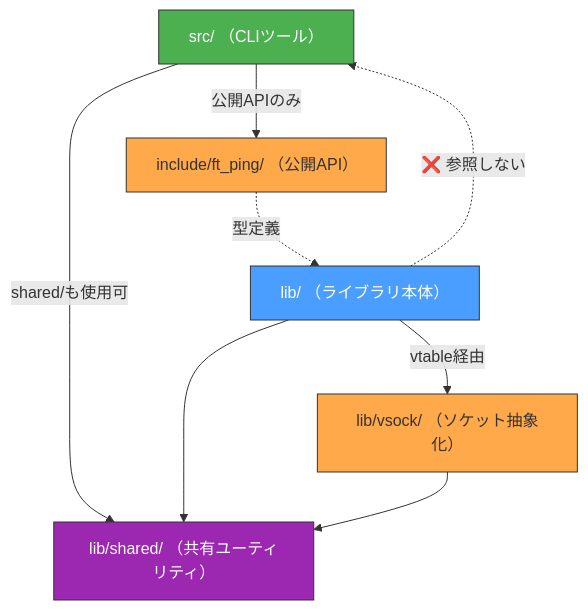
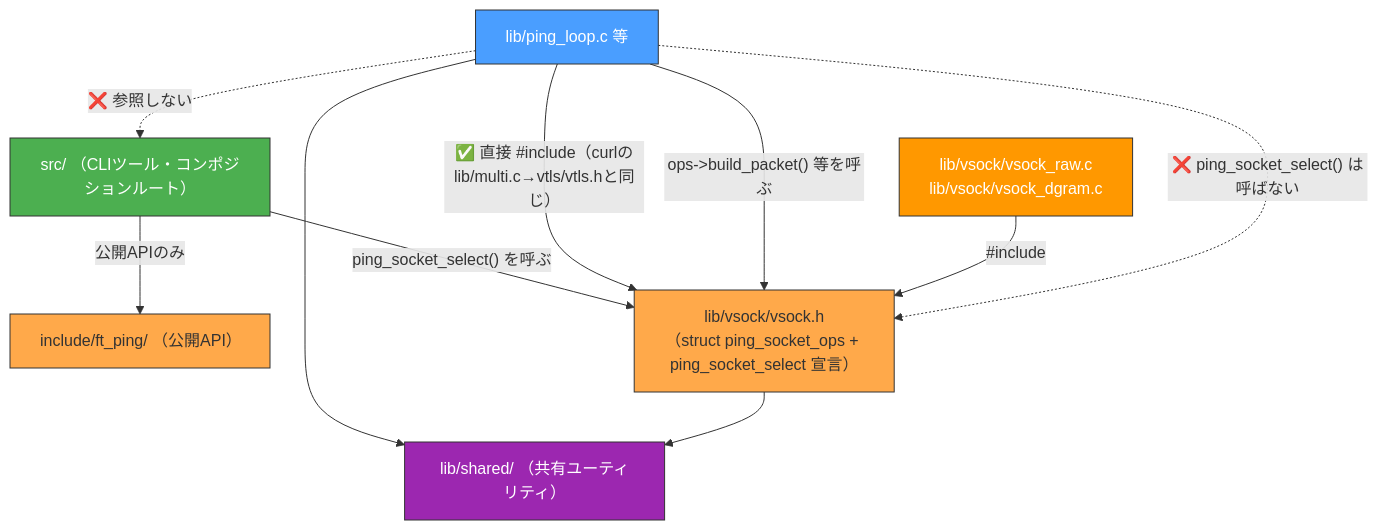
The fifth of 12 diagrams in docs/ft_ping アーキテクチャ再設計提案.md (GawinGowin/ft_ping), drawn with Mermaid before and after one commit. The commit also changed other lines of this file and 21 other files, not shown here.

````diff
--- a/docs/ft_ping アーキテクチャ再設計提案.md
+++ b/docs/ft_ping アーキテクチャ再設計提案.md
@@ -181,23 +180,27 @@
 ```mermaid
 graph TB
-    SRC["src/ （CLIツール）"]
+    SRC["src/ （CLIツール・コンポジションルート）"]
     INC["include/ft_ping/ （公開API）"]
-    LIB["lib/ （ライブラリ本体）"]
-    VSOCK["lib/vsock/ （ソケット抽象化）"]
+    LIB["lib/ping_loop.c 等"]
+    VSOCK_H["lib/vsock/vsock.h<br/>（struct ping_socket_ops + ping_socket_select 宣言）"]
+    VSOCK_IMPL["lib/vsock/vsock_raw.c<br/>lib/vsock/vsock_dgram.c"]
     SHARED["lib/shared/ （共有ユーティリティ）"]
 
     SRC -->|"公開APIのみ"| INC
-    SRC -->|"shared/も使用可"| SHARED
-    INC -.->|"型定義"| LIB
-    LIB -->|"vtable経由"| VSOCK
+    SRC -->|"ping_socket_select() を呼ぶ"| VSOCK_H
+    LIB -->|"✅ 直接 #include（curlのlib/multi.c→vtls/vtls.hと同じ）"| VSOCK_H
+    LIB -->|"ops->build_packet() 等を呼ぶ"| VSOCK_H
     LIB --> SHARED
-    VSOCK --> SHARED
+    VSOCK_IMPL -->|"#include"| VSOCK_H
+    VSOCK_H --> SHARED
 
+    LIB -.->|"❌ ping_socket_select() は呼ばない"| VSOCK_H
     LIB -.->|"❌ 参照しない"| SRC
 
     style SRC fill:#4caf50,stroke:#333,color:#fff
     style INC fill:#ffa94a,stroke:#333
     style LIB fill:#4a9eff,stroke:#333,color:#fff
-    style VSOCK fill:#ffa94a,stroke:#333
+    style VSOCK_H fill:#ffa94a,stroke:#333
+    style VSOCK_IMPL fill:#ff9800,stroke:#333,color:#fff
     style SHARED fill:#9c27b0,stroke:#333,color:#fff
 ```
````
